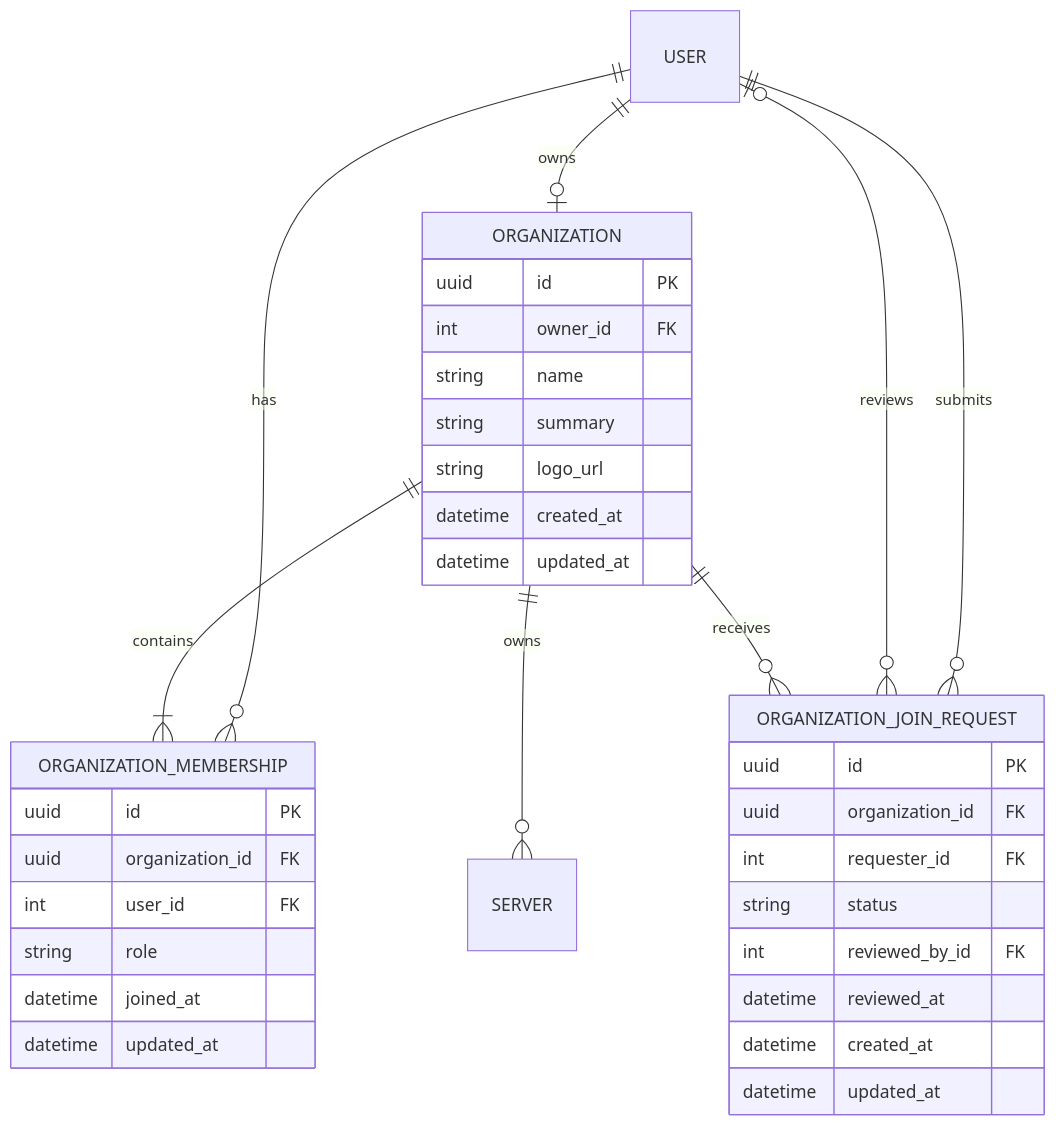
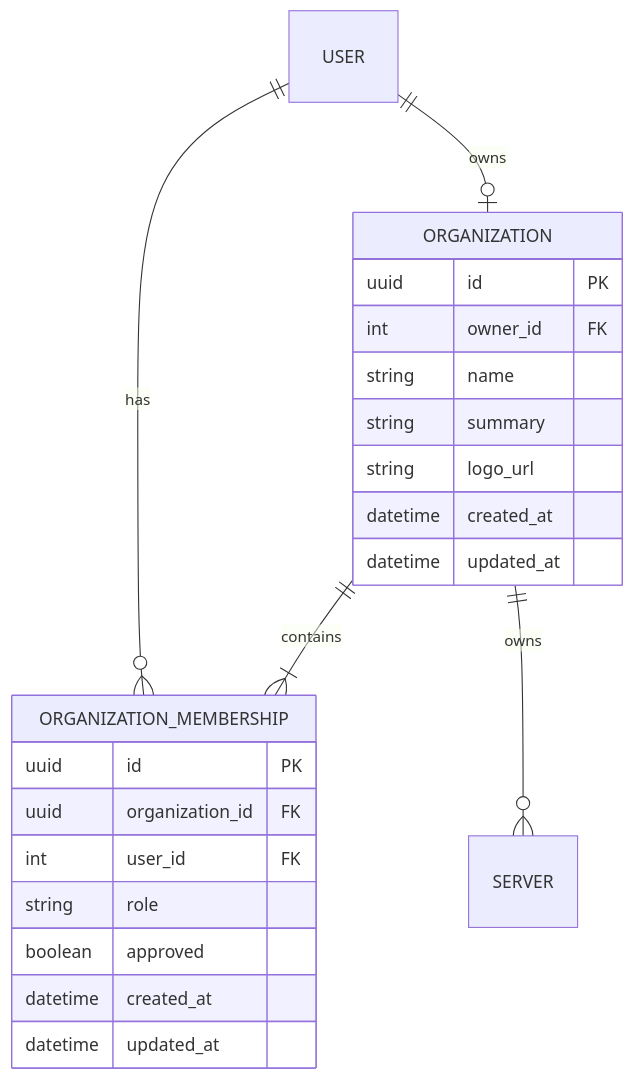
Before and after one commit to AhmedAbrarZayad/Infra-Monitor: the second of 2 diagrams in docs/Organization/Role-Based Organization Auth.md, drawn with Mermaid. The commit also changed other lines of this file, not shown here.

````diff
--- a/docs/Organization/Role-Based Organization Auth.md
+++ b/docs/Organization/Role-Based Organization Auth.md
@@ -229,40 +219,27 @@
 ```mermaid
 erDiagram
     USER ||--o| ORGANIZATION : owns
     USER ||--o{ ORGANIZATION_MEMBERSHIP : has
     ORGANIZATION ||--|{ ORGANIZATION_MEMBERSHIP : contains
-    USER ||--o{ ORGANIZATION_JOIN_REQUEST : submits
-    USER |o--o{ ORGANIZATION_JOIN_REQUEST : reviews
-    ORGANIZATION ||--o{ ORGANIZATION_JOIN_REQUEST : receives
     ORGANIZATION ||--o{ SERVER : owns
 
     ORGANIZATION {
         uuid id PK
         int owner_id FK
         string name
         string summary
         string logo_url
         datetime created_at
         datetime updated_at
     }
 
     ORGANIZATION_MEMBERSHIP {
         uuid id PK
         uuid organization_id FK
         int user_id FK
         string role
-        datetime joined_at
-        datetime updated_at
-    }
-
-    ORGANIZATION_JOIN_REQUEST {
-        uuid id PK
-        uuid organization_id FK
-        int requester_id FK
-        string status
-        int reviewed_by_id FK
-        datetime reviewed_at
+        boolean approved
         datetime created_at
         datetime updated_at
     }
 ```
````
